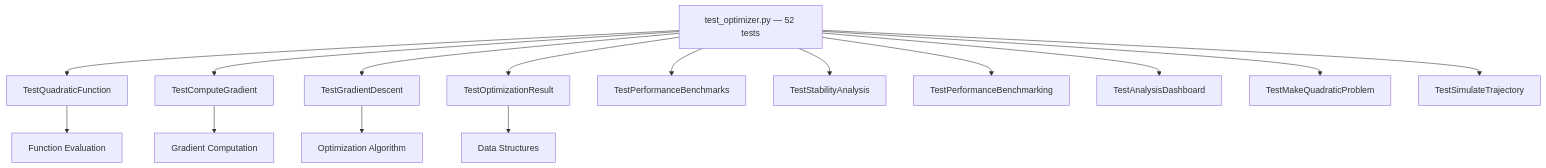
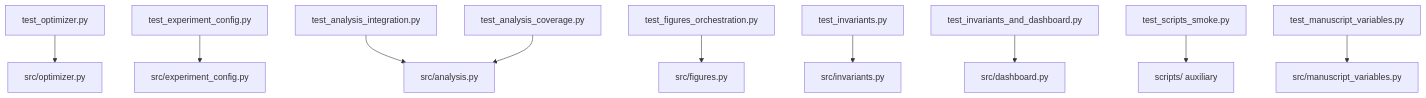
The diagram in projects/template_code_project/tests/README.md (docxology/template), drawn with Mermaid before and after one commit. The commit also changed other lines of this file and 424 other files, not shown here.

````diff
--- a/projects/template_code_project/tests/README.md
+++ b/projects/template_code_project/tests/README.md
@@ -59,18 +39,12 @@
 ```mermaid
 graph TD
-    A[test_optimizer.py — 52 tests] --> B[TestQuadraticFunction]
-    A --> C[TestComputeGradient]
-    A --> D[TestGradientDescent]
-    A --> E[TestOptimizationResult]
-    A --> F[TestPerformanceBenchmarks]
-    A --> G[TestStabilityAnalysis]
-    A --> H[TestPerformanceBenchmarking]
-    A --> I[TestAnalysisDashboard]
-    A --> J[TestMakeQuadraticProblem]
-    A --> K[TestSimulateTrajectory]
-
-    B --> L[Function Evaluation]
-    C --> M[Gradient Computation]
-    D --> N[Optimization Algorithm]
-    E --> O[Data Structures]
+    OPT[test_optimizer.py] --> MATH[src/optimizer.py]
+    CFG[test_experiment_config.py] --> EC[src/experiment_config.py]
+    INT[test_analysis_integration.py] --> ANA[src/analysis.py]
+    FIG[test_figures_orchestration.py] --> FIGS[src/figures.py]
+    COV[test_analysis_coverage.py] --> ANA
+    TINV[test_invariants.py] --> INVM[src/invariants.py]
+    DASH[test_invariants_and_dashboard.py] --> DB[src/dashboard.py]
+    SMK[test_scripts_smoke.py] --> SCRIPTS[scripts/ auxiliary]
+    MV[test_manuscript_variables.py] --> VARS[src/manuscript_variables.py]
 ```
````
